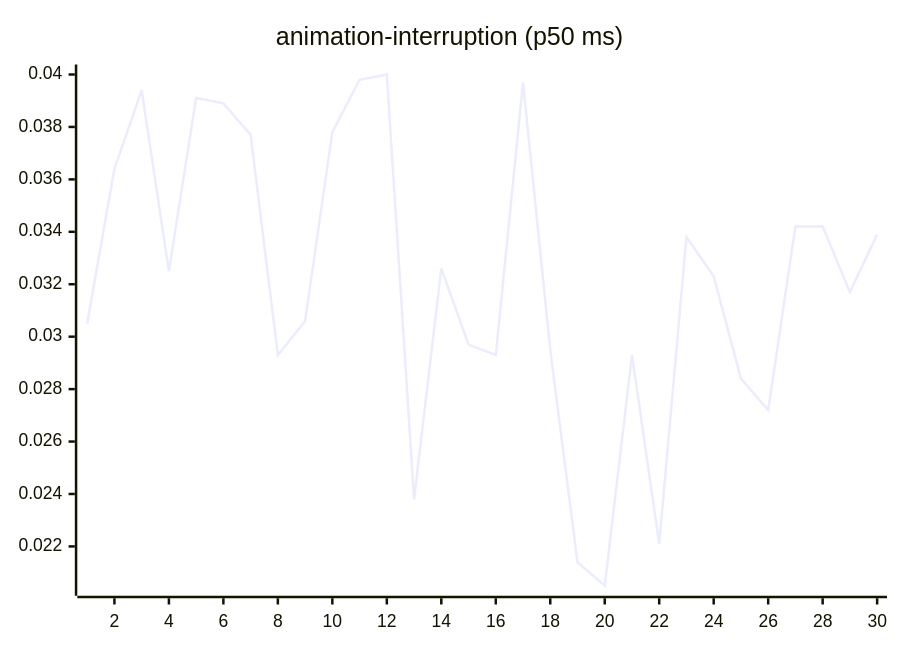
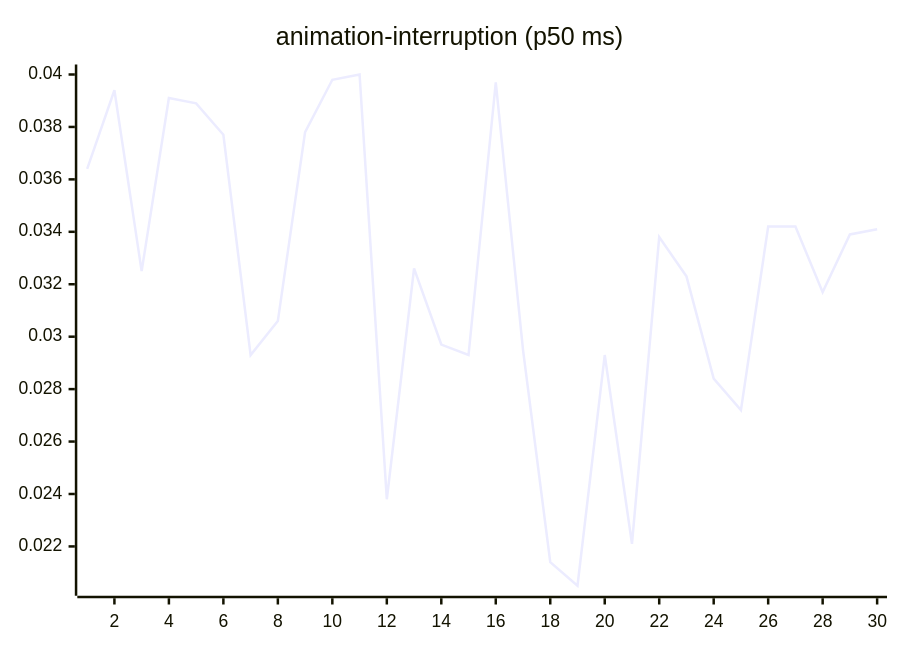
One commit to josha/Facet changed the third of 27 diagrams in README.md. Above: the diagram before and after it, drawn with Mermaid. The commit also changed other lines of this file and 2 other files, not shown here.

````diff
--- a/README.md
+++ b/README.md
@@ -77,6 +77,6 @@
 ```mermaid
 xychart-beta
     title "animation-interruption (p50 ms)"
     x-axis 1 --> 30
-    line [0.0305, 0.0364, 0.0394, 0.0325, 0.0391, 0.0389, 0.0377, 0.0293, 0.0306, 0.0378, 0.0398, 0.0400, 0.0238, 0.0326, 0.0297, 0.0293, 0.0397, 0.0295, 0.0214, 0.0205, 0.0293, 0.0221, 0.0338, 0.0323, 0.0284, 0.0272, 0.0342, 0.0342, 0.0317, 0.0339]
+    line [0.0364, 0.0394, 0.0325, 0.0391, 0.0389, 0.0377, 0.0293, 0.0306, 0.0378, 0.0398, 0.0400, 0.0238, 0.0326, 0.0297, 0.0293, 0.0397, 0.0295, 0.0214, 0.0205, 0.0293, 0.0221, 0.0338, 0.0323, 0.0284, 0.0272, 0.0342, 0.0342, 0.0317, 0.0339, 0.0341]
 ```
````
